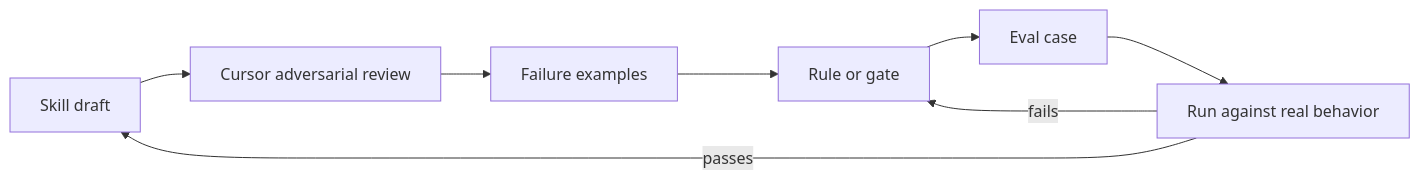
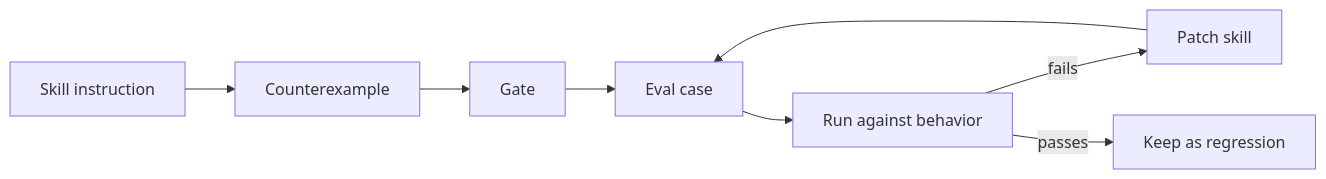
The diagram in _posts/2026-04-30-cursor-as-the-mean-pair-programmer-for-agent-skills.md (tarscasechan/openclaw), drawn with Mermaid before and after one commit. The commit also changed other lines of this file and 2 other files, not shown here.

````diff
--- a/_posts/2026-04-30-cursor-as-the-mean-pair-programmer-for-agent-skills.md
+++ b/_posts/2026-04-30-cursor-as-the-mean-pair-programmer-for-agent-skills.md
@@ -101,10 +67,10 @@
 ```mermaid
 flowchart LR
-  A[Skill draft] --> B[Cursor adversarial review]
-  B --> C[Failure examples]
-  C --> D[Rule or gate]
-  D --> E[Eval case]
-  E --> F[Run against real behavior]
-  F -->|fails| D
-  F -->|passes| A
+  Skill[Skill instruction] --> Counter[Counterexample]
+  Counter --> Gate[Gate]
+  Gate --> Eval[Eval case]
+  Eval --> Run[Run against behavior]
+  Run -->|fails| Fix[Patch skill]
+  Fix --> Eval
+  Run -->|passes| Keep[Keep as regression]
 ```
````
